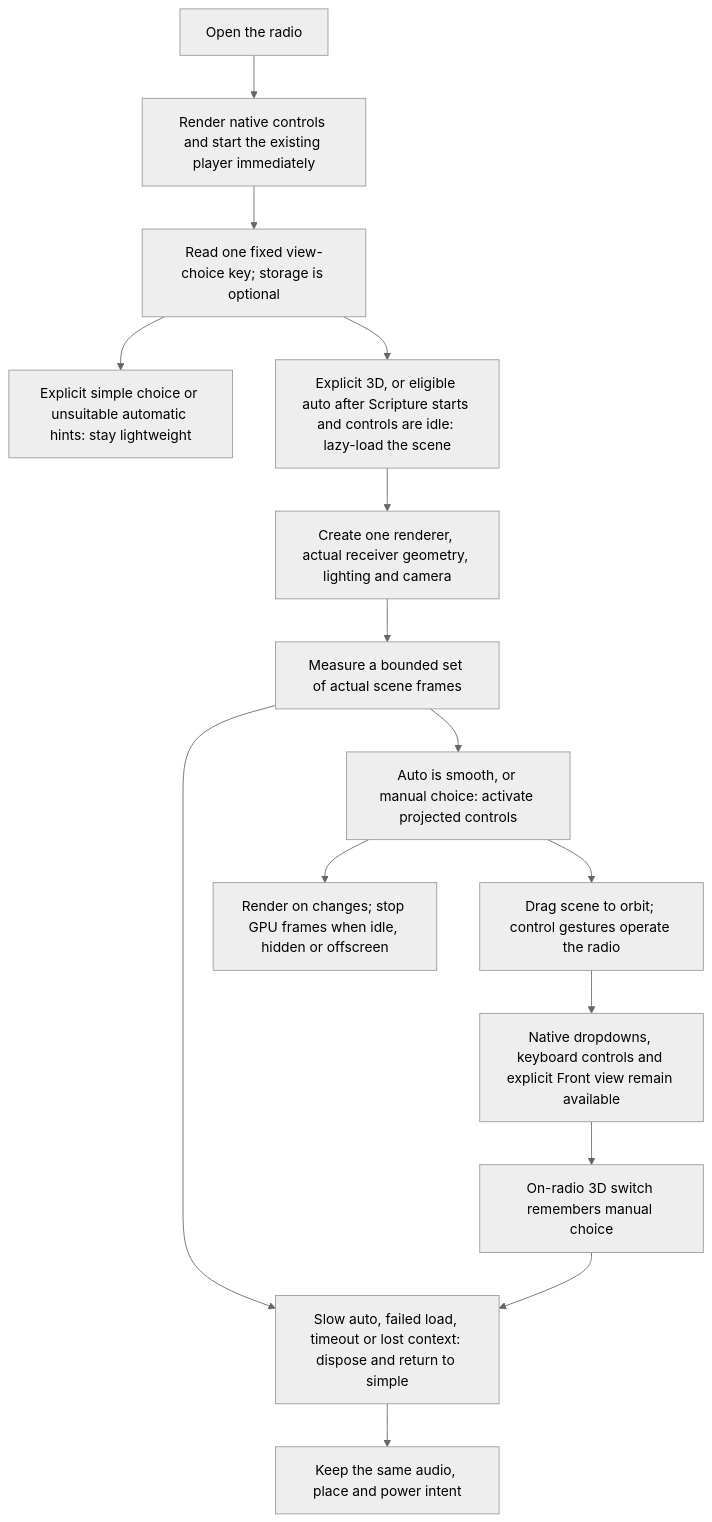
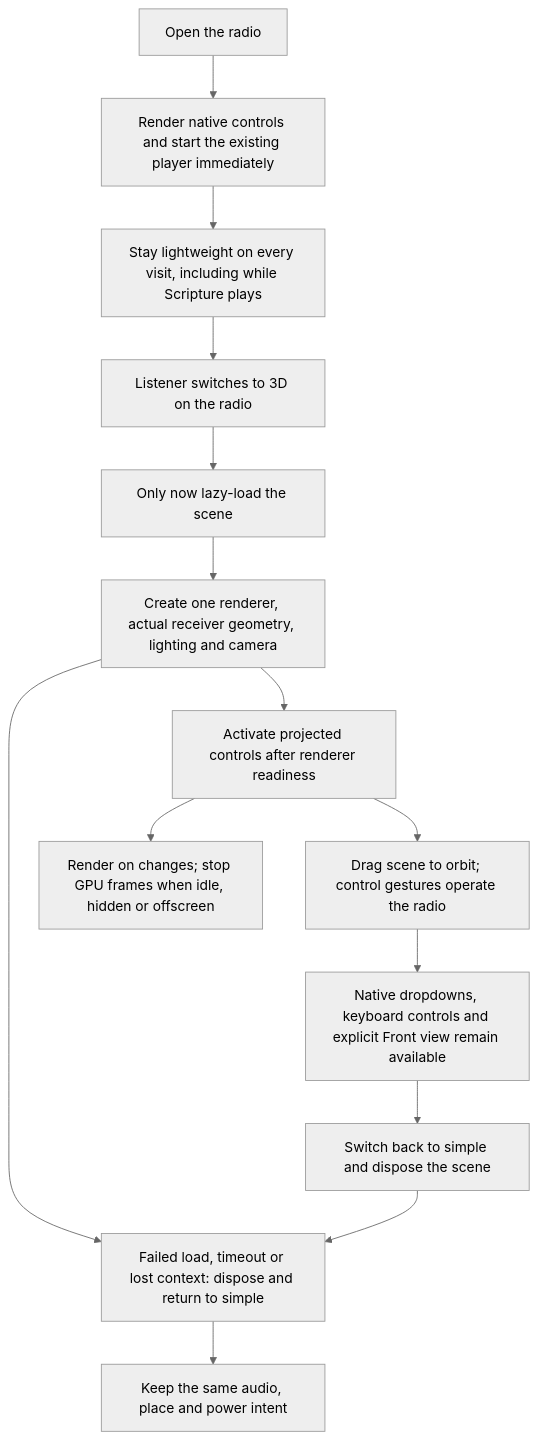
Before and after one commit to loveJesus/audiobiblerad.io-chirho: the diagram in spec-chirho/workflows-chirho/experience-chirho/spatial_radio_workflow_chirho.md, drawn with Mermaid (neutral theme). The commit also changed other lines of this file and 22 other files, not shown here.

````diff
--- a/spec-chirho/workflows-chirho/experience-chirho/spatial_radio_workflow_chirho.md
+++ b/spec-chirho/workflows-chirho/experience-chirho/spatial_radio_workflow_chirho.md
@@ -5,17 +5,16 @@
 ```mermaid
 flowchart TD
     open_chirho[Open the radio] --> plain_chirho[Render native controls and start the existing player immediately]
-    plain_chirho --> preference_chirho[Read one fixed view-choice key; storage is optional]
-    preference_chirho --> simple_chirho[Explicit simple choice or unsuitable automatic hints: stay lightweight]
-    preference_chirho --> lazy_chirho[Explicit 3D, or eligible auto after Scripture starts and controls are idle: lazy-load the scene]
+    plain_chirho --> simple_chirho[Stay lightweight on every visit, including while Scripture plays]
+    simple_chirho --> switch_chirho[Listener switches to 3D on the radio]
+    switch_chirho --> lazy_chirho[Only now lazy-load the scene]
     lazy_chirho --> gpu_chirho[Create one renderer, actual receiver geometry, lighting and camera]
-    gpu_chirho --> sample_chirho[Measure a bounded set of actual scene frames]
-    sample_chirho --> smooth_chirho[Auto is smooth, or manual choice: activate projected controls]
-    sample_chirho --> fallback_chirho[Slow auto, failed load, timeout or lost context: dispose and return to simple]
+    gpu_chirho --> smooth_chirho[Activate projected controls after renderer readiness]
+    gpu_chirho --> fallback_chirho[Failed load, timeout or lost context: dispose and return to simple]
     smooth_chirho --> orbit_chirho[Drag scene to orbit; control gestures operate the radio]
     orbit_chirho --> native_chirho[Native dropdowns, keyboard controls and explicit Front view remain available]
-    native_chirho --> switch_chirho[On-radio 3D switch remembers manual choice]
-    switch_chirho --> fallback_chirho
+    native_chirho --> off_chirho[Switch back to simple and dispose the scene]
+    off_chirho --> fallback_chirho
     fallback_chirho --> audio_chirho[Keep the same audio, place and power intent]
     smooth_chirho --> visibility_chirho[Render on changes; stop GPU frames when idle, hidden or offscreen]
 ```
````
